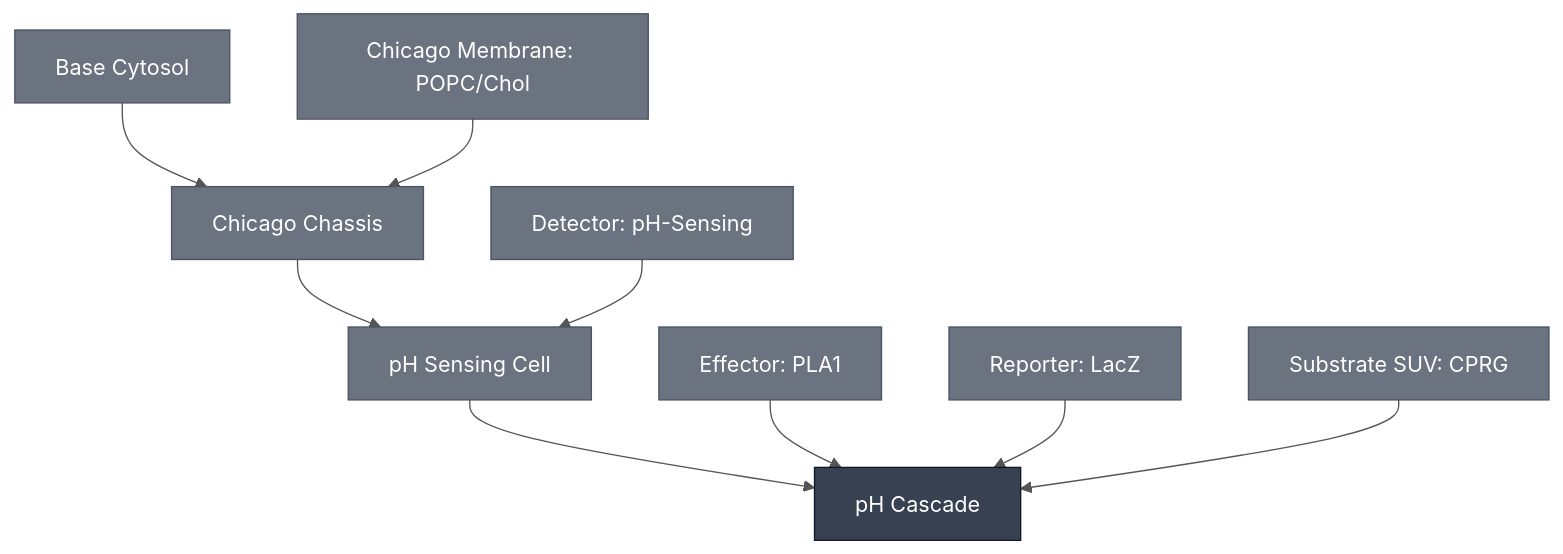
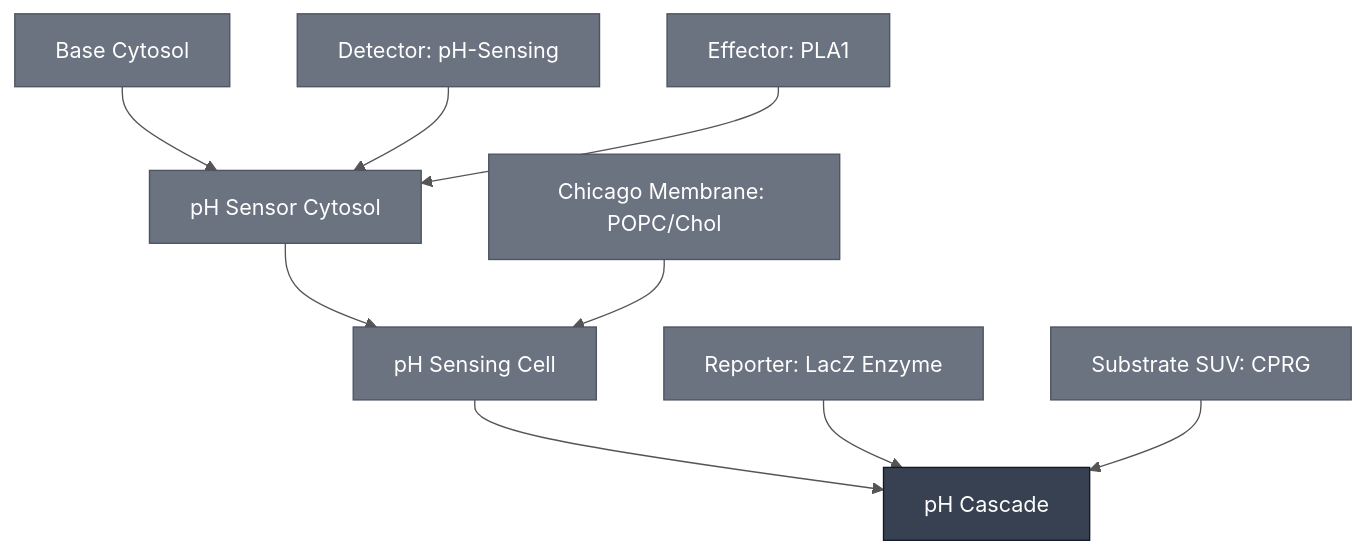
One commit to nucleus-eng/nucleus-docs changed the diagram in docs/modules/ph-cascade/spec.md. Above: the diagram before and after it, drawn with Mermaid. The commit also changed other lines of this file and 10 other files, not shown here.

````diff
--- a/docs/modules/ph-cascade/spec.md
+++ b/docs/modules/ph-cascade/spec.md
@@ -35,37 +35,37 @@
 ```mermaid
 %%{init: {'theme': 'base', 'themeVariables': {'lineColor': '#555555', 'edgeLabelBackground': '#ffffff'}}}%%
 flowchart TD
     BASE_CYTOSOL["Base Cytosol"]
-    CHICAGO_CHASSIS["Chicago Chassis"]
     DETECTOR_PH["Detector: pH-Sensing"]
     EFFECTOR_PLA1["Effector: PLA1"]
     MEMBRANE_POPC_CHOL_CHICAGO["Chicago Membrane: POPC/Chol"]
     PH_CASCADE["pH Cascade"]
     PH_SENSING_CELL["pH Sensing Cell"]
-    REPORTER_LACZ["Reporter: LacZ"]
+    PH_SENSOR_CYTOSOL["pH Sensor Cytosol"]
+    REPORTER_LACZ_ENZYME["Reporter: LacZ Enzyme"]
     SUBSTRATE_CPRG_SUV["Substrate SUV: CPRG"]
 
-    BASE_CYTOSOL --> CHICAGO_CHASSIS
-    MEMBRANE_POPC_CHOL_CHICAGO --> CHICAGO_CHASSIS
     PH_SENSING_CELL --> PH_CASCADE
-    EFFECTOR_PLA1 --> PH_CASCADE
-    REPORTER_LACZ --> PH_CASCADE
+    REPORTER_LACZ_ENZYME --> PH_CASCADE
     SUBSTRATE_CPRG_SUV --> PH_CASCADE
-    CHICAGO_CHASSIS --> PH_SENSING_CELL
-    DETECTOR_PH --> PH_SENSING_CELL
+    PH_SENSOR_CYTOSOL --> PH_SENSING_CELL
+    MEMBRANE_POPC_CHOL_CHICAGO --> PH_SENSING_CELL
+    BASE_CYTOSOL --> PH_SENSOR_CYTOSOL
+    DETECTOR_PH --> PH_SENSOR_CYTOSOL
+    EFFECTOR_PLA1 --> PH_SENSOR_CYTOSOL
 
     classDef constituent fill:#6B7280,color:#ffffff,stroke:#4B5563;
     classDef this fill:#374151,color:#ffffff,stroke:#111827;
-    class BASE_CYTOSOL,CHICAGO_CHASSIS,DETECTOR_PH,EFFECTOR_PLA1,MEMBRANE_POPC_CHOL_CHICAGO,PH_SENSING_CELL,REPORTER_LACZ,SUBSTRATE_CPRG_SUV constituent;
+    class BASE_CYTOSOL,DETECTOR_PH,EFFECTOR_PLA1,MEMBRANE_POPC_CHOL_CHICAGO,PH_SENSING_CELL,PH_SENSOR_CYTOSOL,REPORTER_LACZ_ENZYME,SUBSTRATE_CPRG_SUV constituent;
     class PH_CASCADE this;
 
     click BASE_CYTOSOL "/docs/modules/base-cytosol/spec"
-    click CHICAGO_CHASSIS "/docs/modules/chicago-chassis/spec"
     click DETECTOR_PH "/docs/modules/detector-ph/spec"
     click EFFECTOR_PLA1 "/docs/modules/effector-pla1/spec"
     click MEMBRANE_POPC_CHOL_CHICAGO "/docs/modules/membrane-popc-chol-chicago/spec"
     click PH_CASCADE "/docs/modules/ph-cascade/spec"
     click PH_SENSING_CELL "/docs/modules/ph-sensing-cell/spec"
-    click REPORTER_LACZ "/docs/modules/reporter-lacz/spec"
+    click PH_SENSOR_CYTOSOL "/docs/modules/ph-sensor-cytosol/spec"
+    click REPORTER_LACZ_ENZYME "/docs/modules/reporter-lacz-enzyme/spec"
     click SUBSTRATE_CPRG_SUV "/docs/modules/substrate-cprg-suv/spec"
 ```
````
